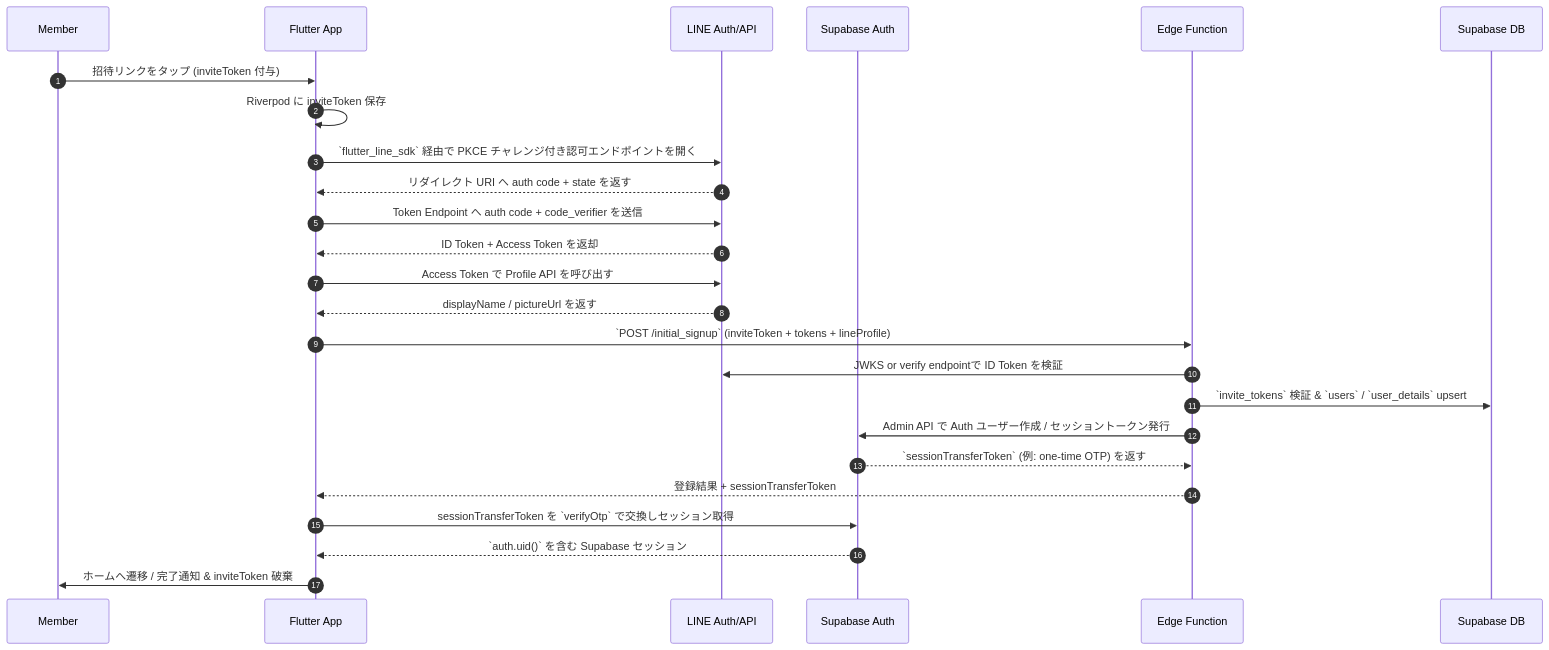
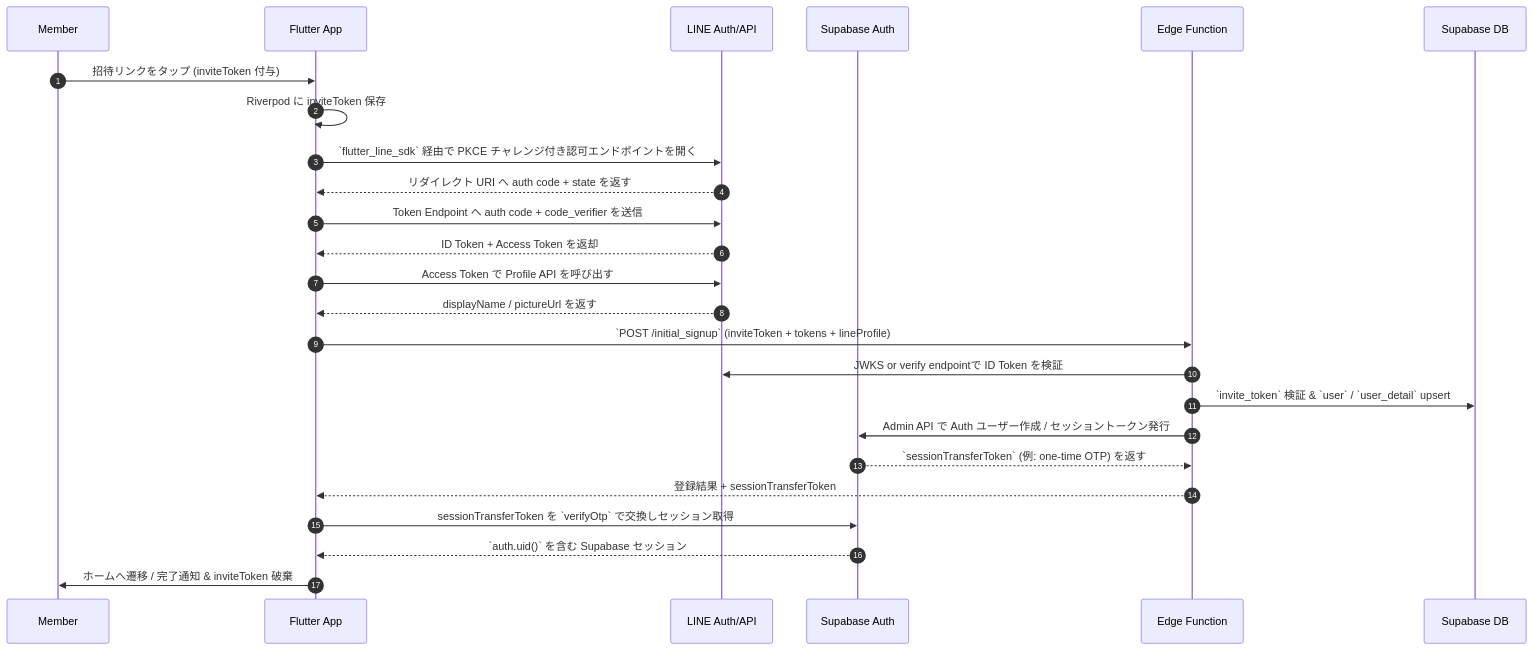
The diagram in docs/DESIGN_DOCS/auth/initial_signup.md (kerokerotur/banars-app), drawn with Mermaid before and after one commit. The commit also changed other lines of this file and 13 other files, not shown here.

````diff
--- a/docs/DESIGN_DOCS/auth/initial_signup.md
+++ b/docs/DESIGN_DOCS/auth/initial_signup.md
@@ -4,28 +4,28 @@
 ```mermaid
 sequenceDiagram
     autonumber
     participant Member
     participant App as Flutter App
     participant LINE as LINE Auth/API
     participant Supabase as Supabase Auth
     participant Edge as Edge Function
     participant DB as Supabase DB
 
     Member->>App: 招待リンクをタップ (inviteToken 付与)
     App->>App: Riverpod に inviteToken 保存
     App->>LINE: `flutter_line_sdk` 経由で PKCE チャレンジ付き認可エンドポイントを開く
     LINE-->>App: リダイレクト URI へ auth code + state を返す
     App->>LINE: Token Endpoint へ auth code + code_verifier を送信
     LINE-->>App: ID Token + Access Token を返却
     App->>LINE: Access Token で Profile API を呼び出す
     LINE-->>App: displayName / pictureUrl を返す
     App->>Edge: `POST /initial_signup` (inviteToken + tokens + lineProfile)
     Edge->>LINE: JWKS or verify endpointで ID Token を検証
-    Edge->>DB: `invite_tokens` 検証 & `users` / `user_details` upsert
+    Edge->>DB: `invite_token` 検証 & `user` / `user_detail` upsert
     Edge->>Supabase: Admin API で Auth ユーザー作成 / セッショントークン発行
     Supabase-->>Edge: `sessionTransferToken` (例: one-time OTP) を返す
     Edge-->>App: 登録結果 + sessionTransferToken
     App->>Supabase: sessionTransferToken を `verifyOtp` で交換しセッション取得
     Supabase-->>App: `auth.uid()` を含む Supabase セッション
     App->>Member: ホームへ遷移 / 完了通知 & inviteToken 破棄
 ```
````
